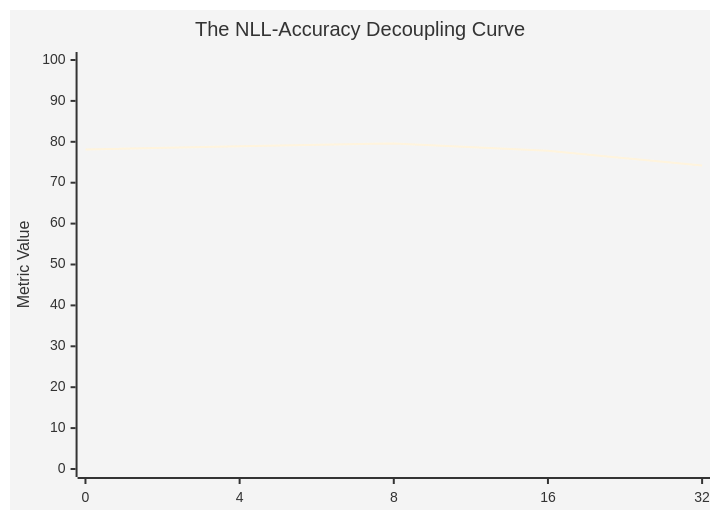
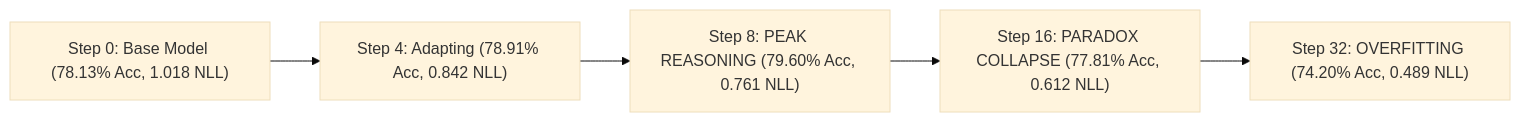
The diagram in obsidian/01_Generations/v09_Attention_LoRA_NLL_Accuracy_Paradox.md (srishanthsriramula/ReseachX), drawn with Mermaid (base theme) before and after one commit. The commit also changed other lines of this file and 10 other files, not shown here.

Commit message:
Convert 100% of remaining ASCII code blocks to native Mermaid vector flowcharts and clean responsive Markdown tables across entire Obsidian vault

````diff
--- a/obsidian/01_Generations/v09_Attention_LoRA_NLL_Accuracy_Paradox.md
+++ b/obsidian/01_Generations/v09_Attention_LoRA_NLL_Accuracy_Paradox.md
@@ -32,7 +32,7 @@
 ```mermaid
-xychart-beta
-    title "The NLL-Accuracy Decoupling Curve"
-    x-axis [0, 4, 8, 16, 32]
-    y-axis "Metric Value" 0 --> 100
-    line [78.13, 78.91, 79.60, 77.81, 74.20]
+flowchart LR
+    S0["Step 0: Base Model (78.13% Acc, 1.018 NLL)"] --> S4["Step 4: Adapting (78.91% Acc, 0.842 NLL)"]
+    S4 --> S8["Step 8: PEAK REASONING (79.60% Acc, 0.761 NLL)"]
+    S8 --> S16["Step 16: PARADOX COLLAPSE (77.81% Acc, 0.612 NLL)"]
+    S16 --> S32["Step 32: OVERFITTING (74.20% Acc, 0.489 NLL)"]
 ```
````
